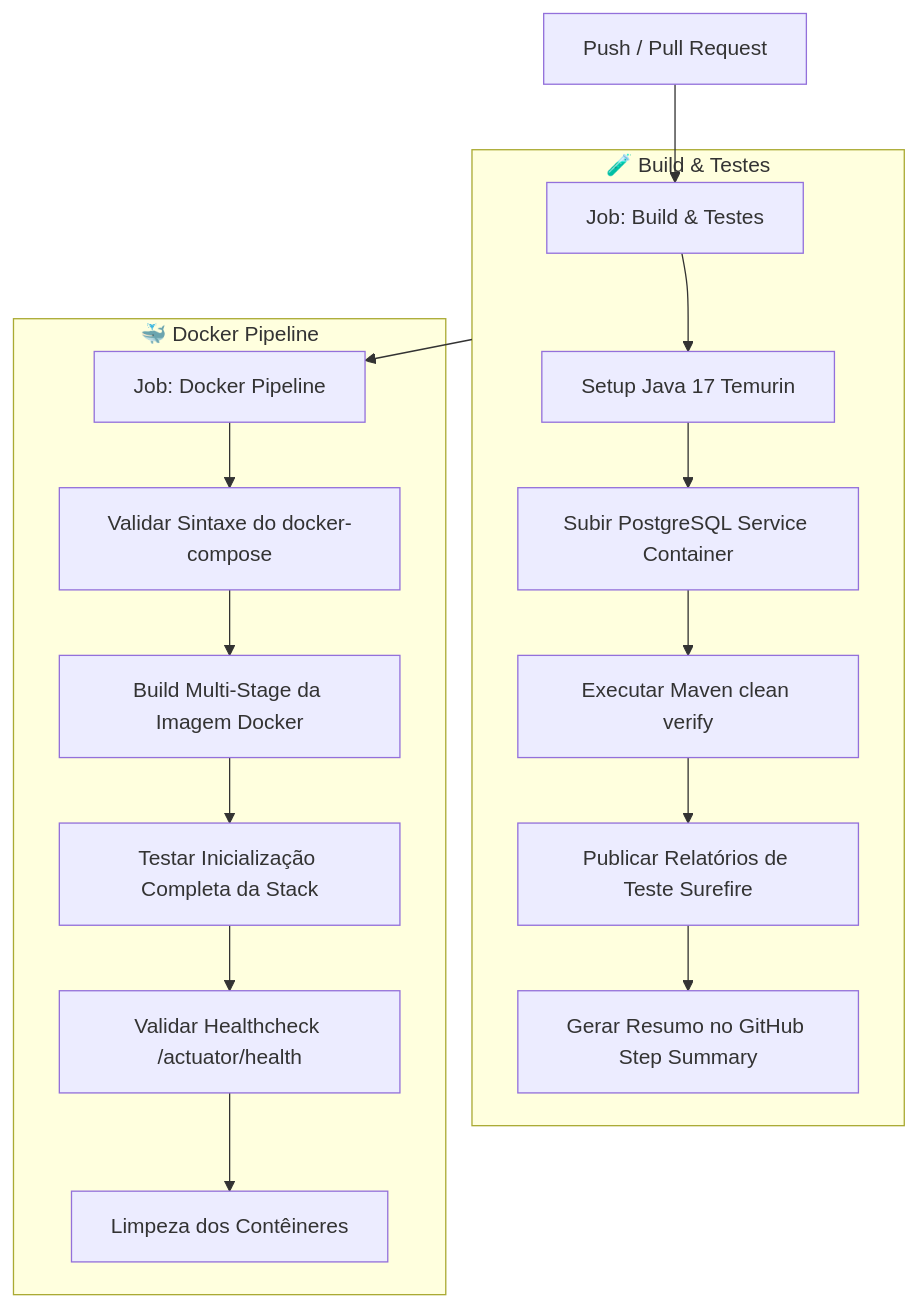
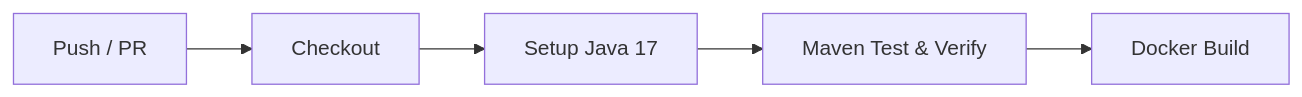
The diagram in README.md (Benevanio/libraryapi), drawn with Mermaid before and after one commit. The commit also changed other lines of this file and 1 other file, not shown here.

Commit message:
fix:  simplicação do CI

````diff
--- a/README.md
+++ b/README.md
@@ -173,19 +173,7 @@
 ```mermaid
-flowchart TD
-    A[Push / Pull Request] --> B[Job: Build & Testes]
-    subgraph Job1 [🧪 Build & Testes]
-      B --> C[Setup Java 17 Temurin]
-      C --> D[Subir PostgreSQL Service Container]
-      D --> E[Executar Maven clean verify]
-      E --> F[Publicar Relatórios de Teste Surefire]
-      F --> G[Gerar Resumo no GitHub Step Summary]
-    end
-    Job1 --> H[Job: Docker Pipeline]
-    subgraph Job2 [🐳 Docker Pipeline]
-      H --> I[Validar Sintaxe do docker-compose]
-      I --> J[Build Multi-Stage da Imagem Docker]
-      J --> K[Testar Inicialização Completa da Stack]
-      K --> L[Validar Healthcheck /actuator/health]
-      L --> M[Limpeza dos Contêineres]
-    end
+flowchart LR
+    A[Push / PR] --> B[Checkout]
+    B --> C[Setup Java 17]
+    C --> D[Maven Test & Verify]
+    D --> E[Docker Build]
 ```
````
